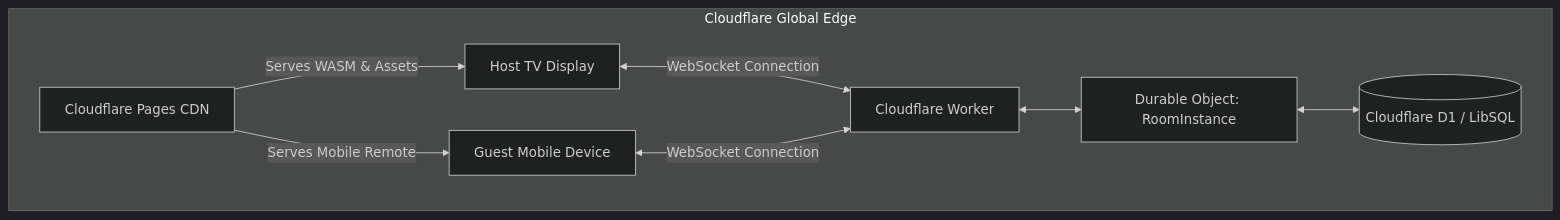
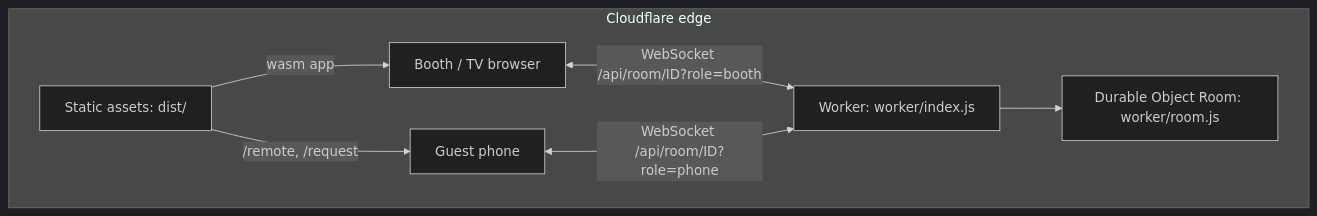
The diagram in docs/CLOUDFLARE_WORKERS_GUIDE.md (ozoneRatchapon/ktv-rs), drawn with Mermaid (dark theme) before and after one commit. The commit also changed other lines of this file and 36 other files, not shown here.

Commit message:
feat: phone remote over a Cloudflare Worker + Durable Object room (queue from a phone; skip/pause/replay when the host allows) (v0.30.0)

````diff
--- a/docs/CLOUDFLARE_WORKERS_GUIDE.md
+++ b/docs/CLOUDFLARE_WORKERS_GUIDE.md
@@ -9,13 +11,10 @@
 ```mermaid
 graph TD
-    subgraph Cloudflare Global Edge
-        Pages[Cloudflare Pages CDN] -->|Serves WASM & Assets| TV[Host TV Display]
-        Pages -->|Serves Mobile Remote| Phone[Guest Mobile Device]
-        
-        TV <-->|WebSocket Connection| Worker[Cloudflare Worker]
-        Phone <-->|WebSocket Connection| Worker
-        
-        Worker <--> DO[Durable Object: RoomInstance]
-        DO <--> D1[(Cloudflare D1 / LibSQL)]
+    subgraph Cloudflare edge
+        Assets[Static assets: dist/] -->|wasm app| Booth[Booth / TV browser]
+        Assets -->|/remote, /request| Phone[Guest phone]
+        Booth <-->|WebSocket /api/room/ID?role=booth| Worker[Worker: worker/index.js]
+        Phone <-->|WebSocket /api/room/ID?role=phone| Worker
+        Worker --> DO[Durable Object Room: worker/room.js]
     end
 ```
````
